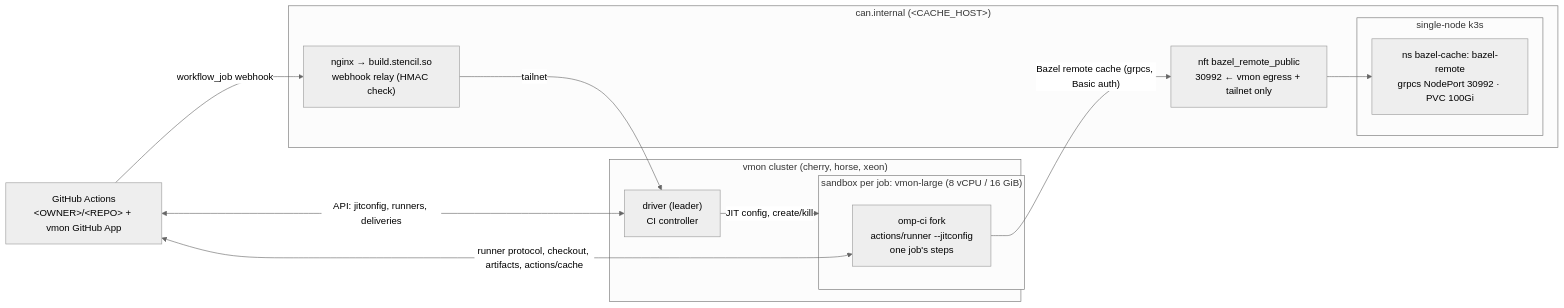
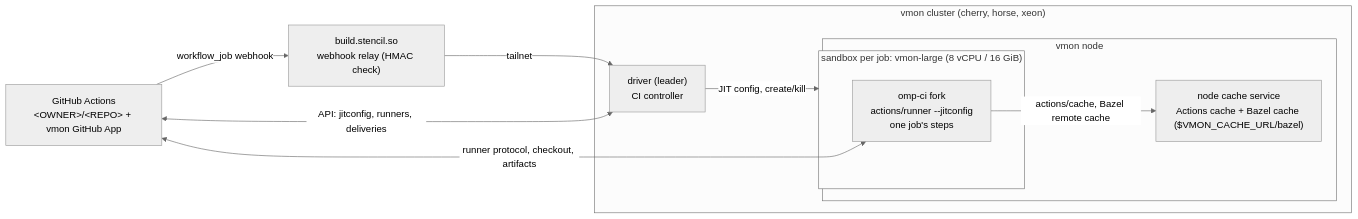
The diagram in infra/docs/README.md (Abelo9996/oh-my-pi), drawn with Mermaid (neutral theme) before and after one commit. The commit also changed other lines of this file and 14 other files, not shown here.

First line of the commit message:
chore(ci): removed the bazel-remote cache host

````diff
--- a/infra/docs/README.md
+++ b/infra/docs/README.md
@@ -7,27 +7,22 @@
 ```mermaid
 flowchart LR
     GH["GitHub Actions<br/>&lt;OWNER&gt;/&lt;REPO&gt; + vmon GitHub App"]
-
-    subgraph CAN["can.internal (&lt;CACHE_HOST&gt;)"]
-      RELAY["nginx → build.stencil.so<br/>webhook relay (HMAC check)"]
-      subgraph K3S["single-node k3s"]
-        BRC["ns bazel-cache: bazel-remote<br/>grpcs NodePort 30992 · PVC 100Gi"]
-      end
-      NFT["nft bazel_remote_public<br/>30992 ← vmon egress + tailnet only"]
-    end
+    RELAY["build.stencil.so<br/>webhook relay (HMAC check)"]
 
     subgraph VMON["vmon cluster (cherry, horse, xeon)"]
       DRV["driver (leader)<br/>CI controller"]
-      subgraph SB["sandbox per job: vmon-large (8 vCPU / 16 GiB)"]
-        JOB["omp-ci fork<br/>actions/runner --jitconfig<br/>one job's steps"]
+      subgraph NODE["vmon node"]
+        CACHE["node cache service<br/>Actions cache + Bazel cache ($VMON_CACHE_URL/bazel)"]
+        subgraph SB["sandbox per job: vmon-large (8 vCPU / 16 GiB)"]
+          JOB["omp-ci fork<br/>actions/runner --jitconfig<br/>one job's steps"]
+        end
       end
     end
 
     GH -->|"workflow_job webhook"| RELAY
     RELAY -->|"tailnet"| DRV
     DRV -->|"JIT config, create/kill"| SB
     DRV <-->|"API: jitconfig, runners, deliveries"| GH
-    JOB <-->|"runner protocol, checkout, artifacts, actions/cache"| GH
-    JOB -->|"Bazel remote cache (grpcs, Basic auth)"| NFT
-    NFT --> BRC
+    JOB <-->|"runner protocol, checkout, artifacts"| GH
+    JOB -->|"actions/cache, Bazel remote cache"| CACHE
 ```
````
